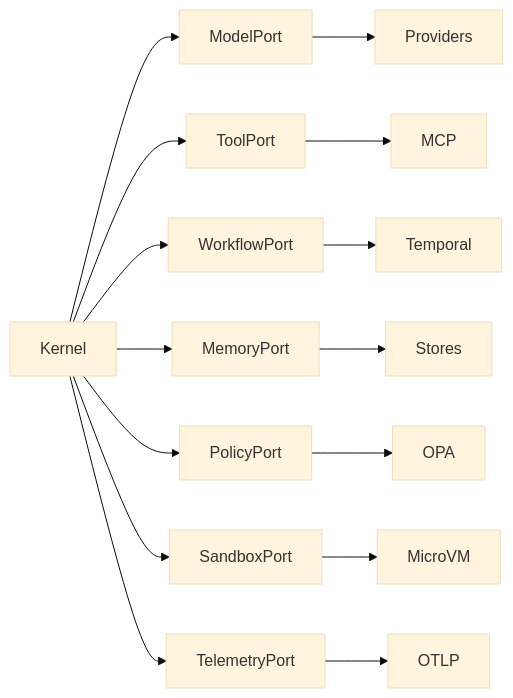
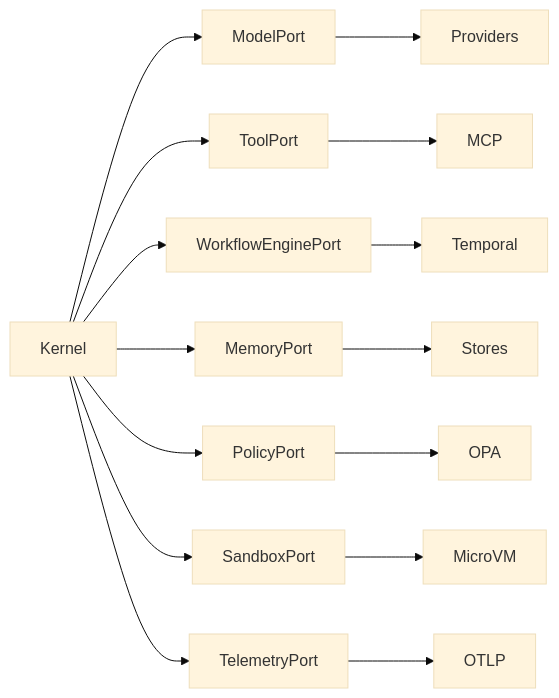
The fifth of 15 diagrams in diagrams/index.mdx (thaithienvanid/agentic-reference-architecture), drawn with Mermaid (base theme) before and after one commit. The commit also changed other lines of this file and 20 other files, not shown here.

Commit message:
normalize architecture contracts and execution ontology

````diff
--- a/diagrams/index.mdx
+++ b/diagrams/index.mdx
@@ -71,10 +71,10 @@
 ```mermaid
 flowchart LR
   Kernel --> ModelPort --> Providers
   Kernel --> ToolPort --> MCP
-  Kernel --> WorkflowPort --> Temporal
+  Kernel --> WorkflowEnginePort --> Temporal
   Kernel --> MemoryPort --> Stores
   Kernel --> PolicyPort --> OPA
   Kernel --> SandboxPort --> MicroVM
   Kernel --> TelemetryPort --> OTLP
 ```
````
